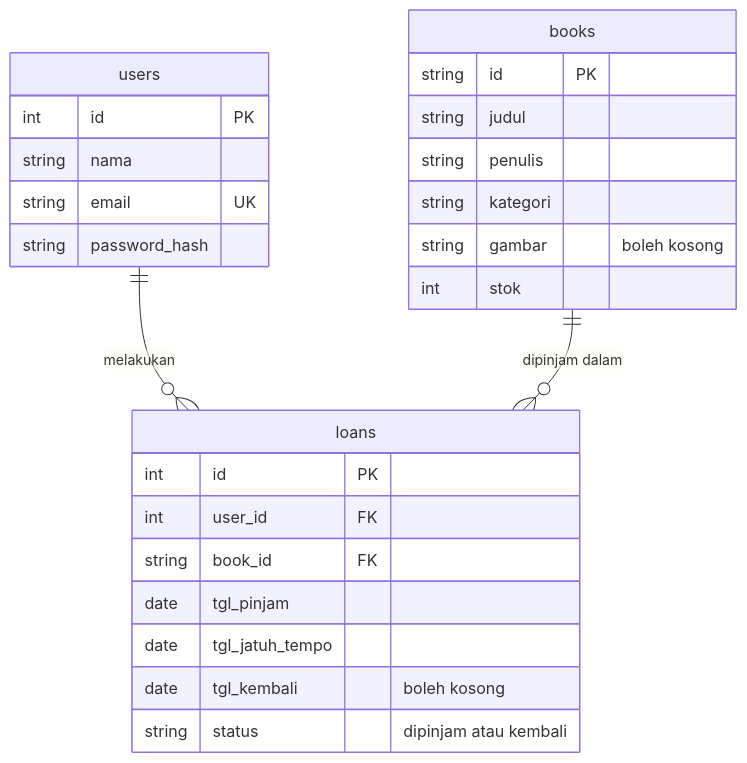
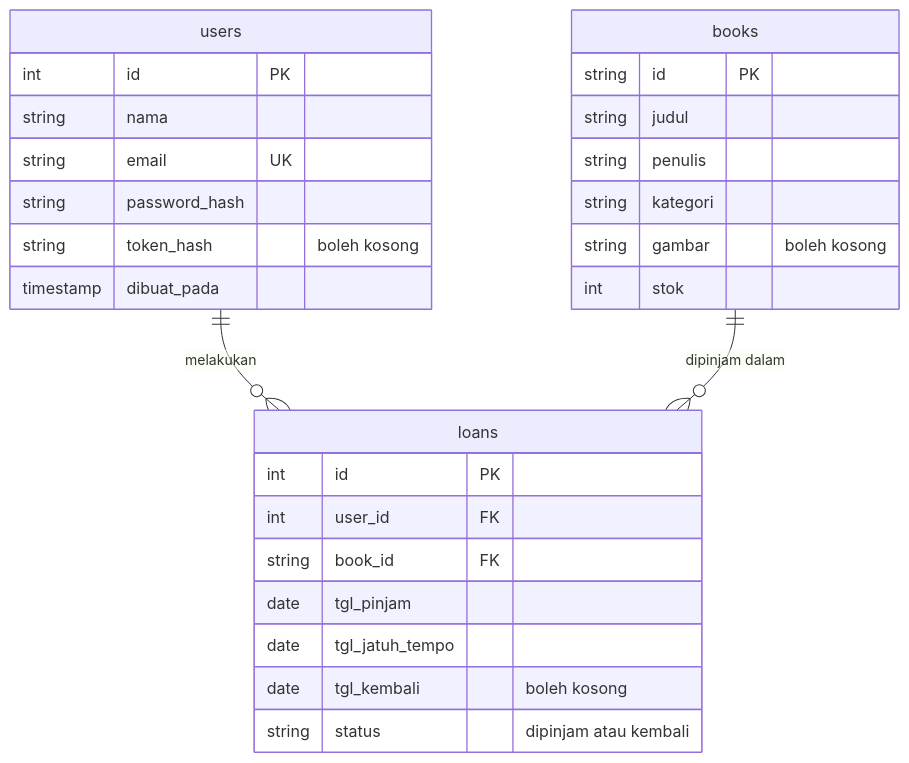
The diagram in docs/erd.md (ChikaYunitaBahri/pustakakita), drawn with Mermaid before and after one commit. The commit also changed other lines of this file and 10 other files, not shown here.

Commit message:
Tambah halaman register dan login Flutter ke backend PHP, perbarui ERD, bukti uji

````diff
--- a/docs/erd.md
+++ b/docs/erd.md
@@ -3,29 +3,31 @@
 ```mermaid
 erDiagram
     users ||--o{ loans : "melakukan"
     books ||--o{ loans : "dipinjam dalam"
 
     users {
         int id PK
         string nama
         string email UK
         string password_hash
+        string token_hash "boleh kosong"
+        timestamp dibuat_pada
     }
     books {
         string id PK
         string judul
         string penulis
         string kategori
         string gambar "boleh kosong"
         int stok
     }
     loans {
         int id PK
         int user_id FK
         string book_id FK
         date tgl_pinjam
         date tgl_jatuh_tempo
         date tgl_kembali "boleh kosong"
         string status "dipinjam atau kembali"
     }
 ```
````
